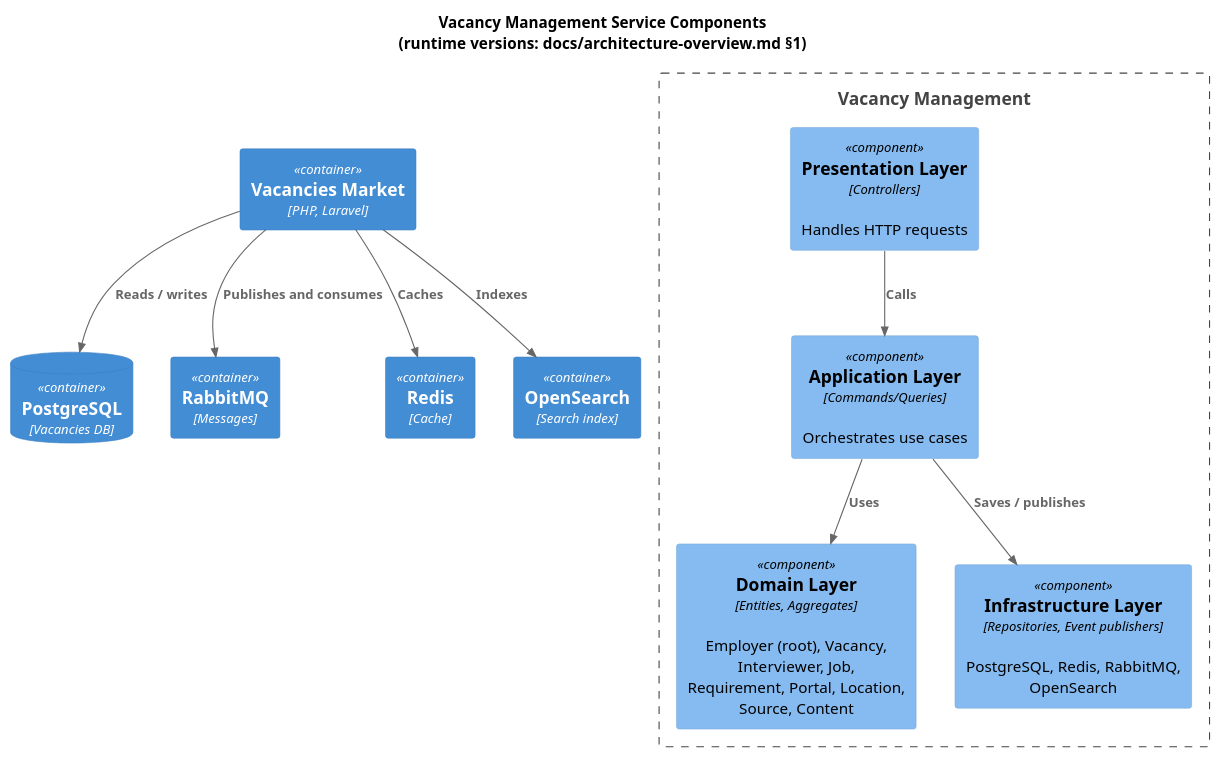
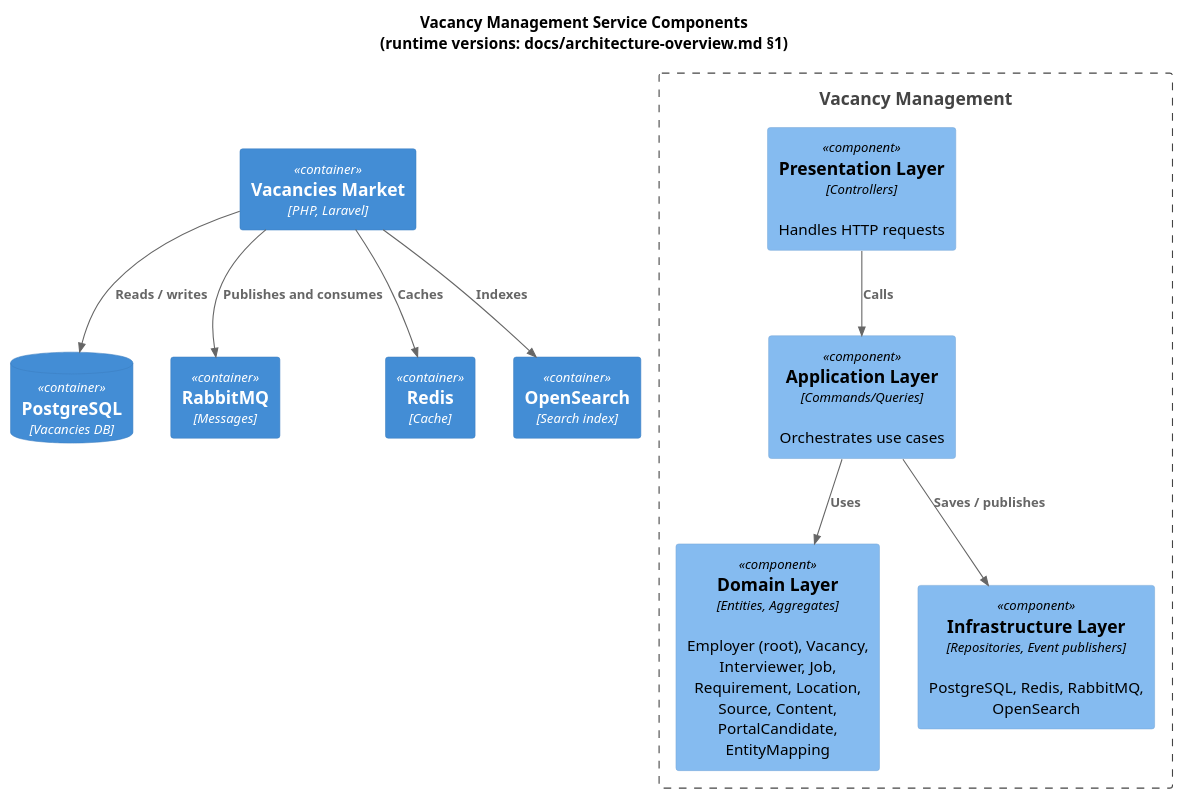
One commit to AIJobResearcher/docs changed the diagram in docs/c4/components-vacancies-market.puml. Above: the diagram before and after it, drawn with PlantUML. The commit also changed 11 other files, not shown here.

```diff
--- a/docs/c4/components-vacancies-market.puml
+++ b/docs/c4/components-vacancies-market.puml
@@ -1,29 +1,29 @@
 @startuml
 !include https://raw.githubusercontent.com/plantuml-stdlib/C4-PlantUML/master/C4_Component.puml
 
 title Vacancy Management Service Components\n(runtime versions: docs/architecture-overview.md §1)
 
 Container(vacancies, "Vacancies Market", "PHP, Laravel")
 
 Boundary(vacancies_boundary, "Vacancy Management") {
     Component(presentation, "Presentation Layer", "Controllers", "Handles HTTP requests")
     Component(application, "Application Layer", "Commands/Queries", "Orchestrates use cases")
-    Component(domain, "Domain Layer", "Entities, Aggregates", "Employer (root), Vacancy, Interviewer, Job, Requirement, Portal, Location, Source, Content")
+    Component(domain, "Domain Layer", "Entities, Aggregates", "Employer (root), Vacancy, Interviewer, Job, Requirement, Location, Source, Content, PortalCandidate, EntityMapping")
     Component(infrastructure, "Infrastructure Layer", "Repositories, Event publishers", "PostgreSQL, Redis, RabbitMQ, OpenSearch")
 
     Rel(presentation, application, "Calls")
     Rel(application, domain, "Uses")
     Rel(application, infrastructure, "Saves / publishes")
 }
 
 ContainerDb(postgres, "PostgreSQL", "Vacancies DB")
 Container(rabbitmq, "RabbitMQ", "Messages")
 Container(redis, "Redis", "Cache")
 Container(opensearch, "OpenSearch", "Search index")
 
 Rel(vacancies, postgres, "Reads / writes")
 Rel(vacancies, rabbitmq, "Publishes and consumes")
 Rel(vacancies, redis, "Caches")
 Rel(vacancies, opensearch, "Indexes")
 
 @enduml
```
